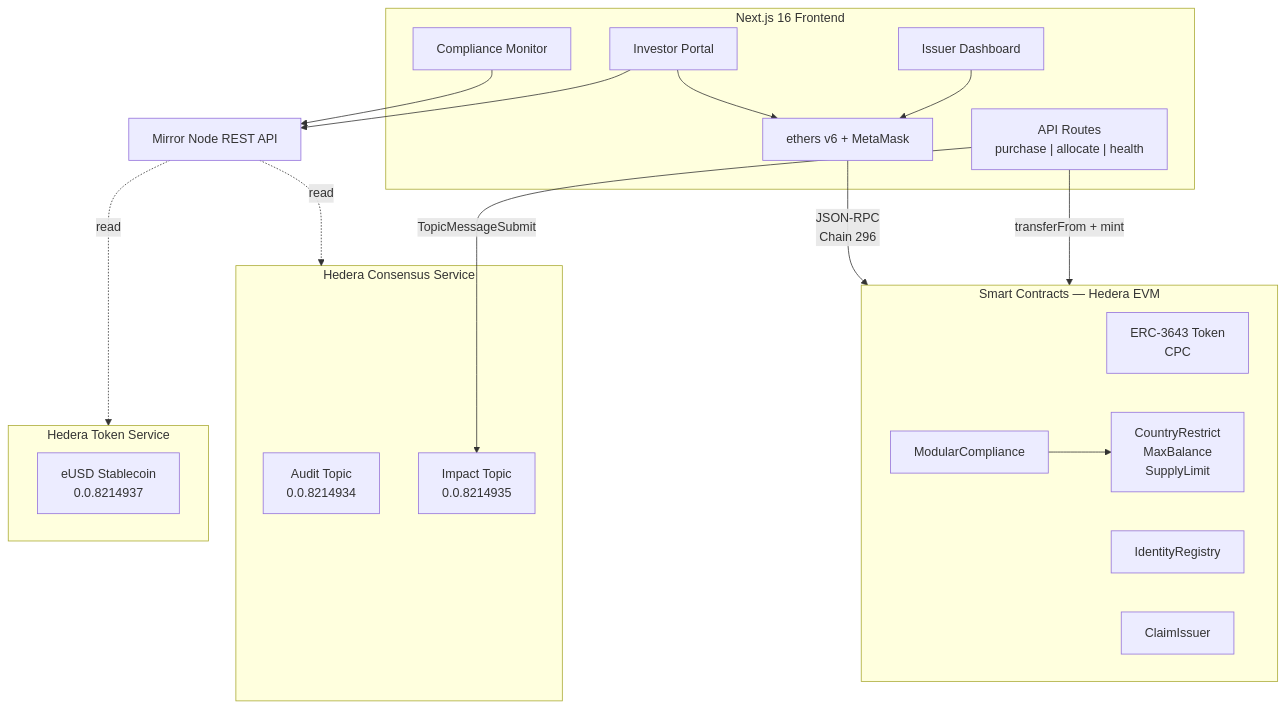
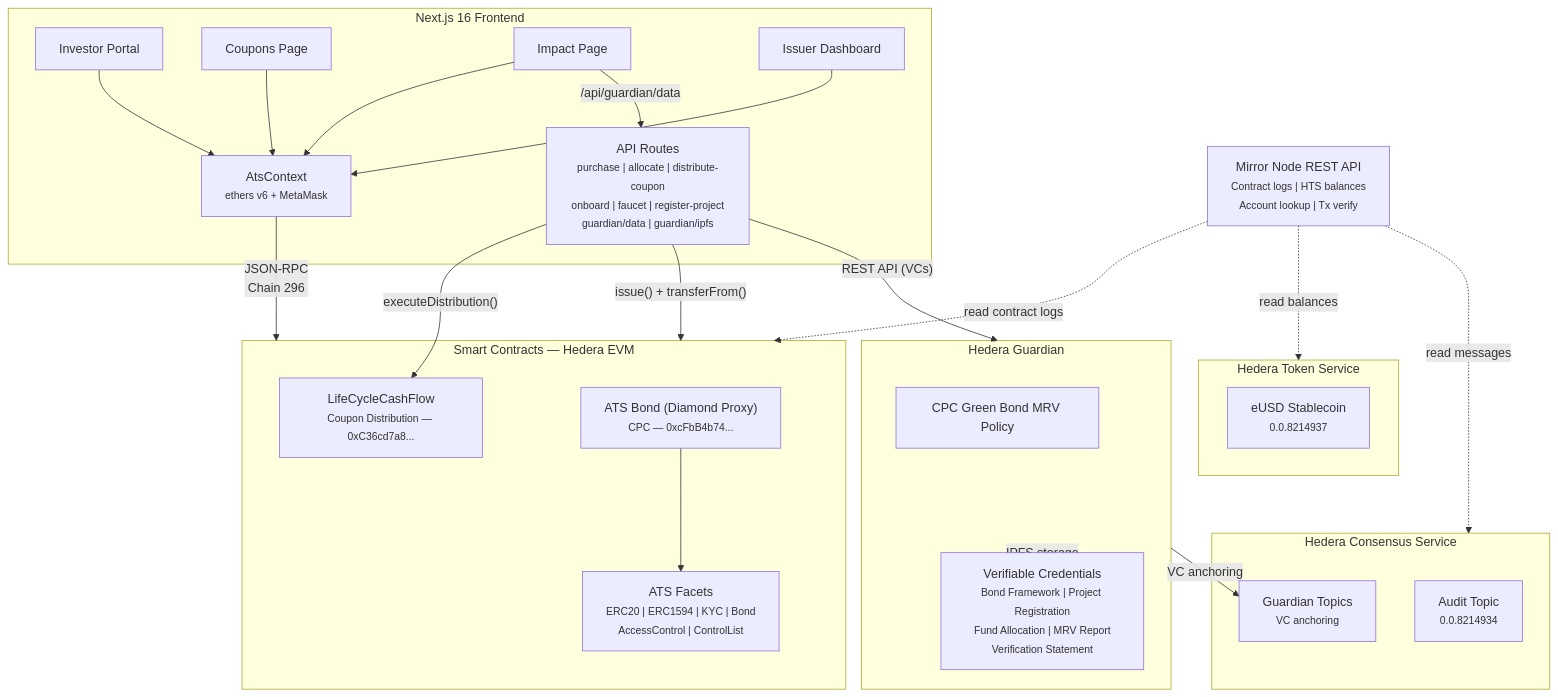
The diagram in README.md (ad0ll/hedera-coppice), drawn with Mermaid before and after one commit. The commit also changed other lines of this file and 1 other file, not shown here.

````diff
--- a/README.md
+++ b/README.md
@@ -25,41 +38,49 @@
 ```mermaid
 graph TD
     subgraph Frontend["Next.js 16 Frontend"]
         IP["Investor Portal"]
+        CP["Coupons Page"]
+        IMP["Impact Page"]
         ID["Issuer Dashboard"]
-        CM["Compliance Monitor"]
-        WV["ethers v6 + MetaMask"]
-        API["API Routes\npurchase | allocate | health"]
+        ATS["AtsContext<br/><small>ethers v6 + MetaMask</small>"]
+        API["API Routes<br/><small>purchase | allocate | distribute-coupon<br/>onboard | faucet | register-project<br/>guardian/data | guardian/ipfs</small>"]
     end
 
     subgraph SC["Smart Contracts — Hedera EVM"]
-        Token["ERC-3643 Token\nCPC"]
-        IR["IdentityRegistry"]
-        MC["ModularCompliance"]
-        CI["ClaimIssuer"]
-        Modules["CountryRestrict\nMaxBalance\nSupplyLimit"]
+        Bond["ATS Bond (Diamond Proxy)<br/><small>CPC — 0xcFbB4b74...</small>"]
+        LCCF["LifeCycleCashFlow<br/><small>Coupon Distribution — 0xC36cd7a8...</small>"]
+        Facets["ATS Facets<br/><small>ERC20 | ERC1594 | KYC | Bond<br/>AccessControl | ControlList</small>"]
+    end
+
+    subgraph Guardian["Hedera Guardian"]
+        Policy["CPC Green Bond MRV Policy"]
+        VCs["Verifiable Credentials<br/><small>Bond Framework | Project Registration<br/>Fund Allocation | MRV Report<br/>Verification Statement</small>"]
     end
 
     subgraph HCS["Hedera Consensus Service"]
-        Audit["Audit Topic\n0.0.8214934"]
-        Impact["Impact Topic\n0.0.8214935"]
+        Audit["Audit Topic<br/><small>0.0.8214934</small>"]
+        GuardianHCS["Guardian Topics<br/><small>VC anchoring</small>"]
     end
 
     subgraph HTS["Hedera Token Service"]
-        eUSD["eUSD Stablecoin\n0.0.8214937"]
+        eUSD["eUSD Stablecoin<br/><small>0.0.8214937</small>"]
     end
 
-    MN["Mirror Node REST API"]
+    MN["Mirror Node REST API<br/><small>Contract logs | HTS balances<br/>Account lookup | Tx verify</small>"]
 
-    IP & ID --> WV
-    WV -->|"JSON-RPC\nChain 296"| SC
-    API -->|"transferFrom + mint"| SC
-    API -->|"TopicMessageSubmit"| Impact
-    CM --> MN
-    IP --> MN
+    IP & CP & IMP & ID --> ATS
+    ATS -->|"JSON-RPC<br/>Chain 296"| SC
+    API -->|"issue() + transferFrom()"| SC
+    API -->|"executeDistribution()"| LCCF
+    API -->|"REST API (VCs)"| Guardian
+    IMP -->|"/api/guardian/data"| API
 
-    MN -.->|"read"| HCS
-    MN -.->|"read"| HTS
+    Guardian -->|"VC anchoring"| GuardianHCS
+    Guardian -->|"IPFS storage"| VCs
 
-    MC --> Modules
+    MN -.->|"read contract logs"| SC
+    MN -.->|"read balances"| HTS
+    MN -.->|"read messages"| HCS
+
+    Bond --> Facets
 ```
````
